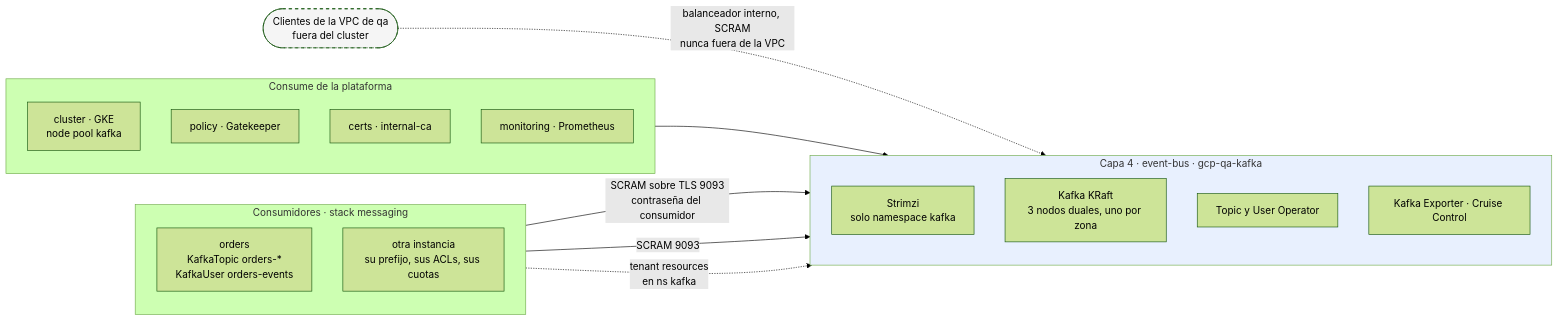
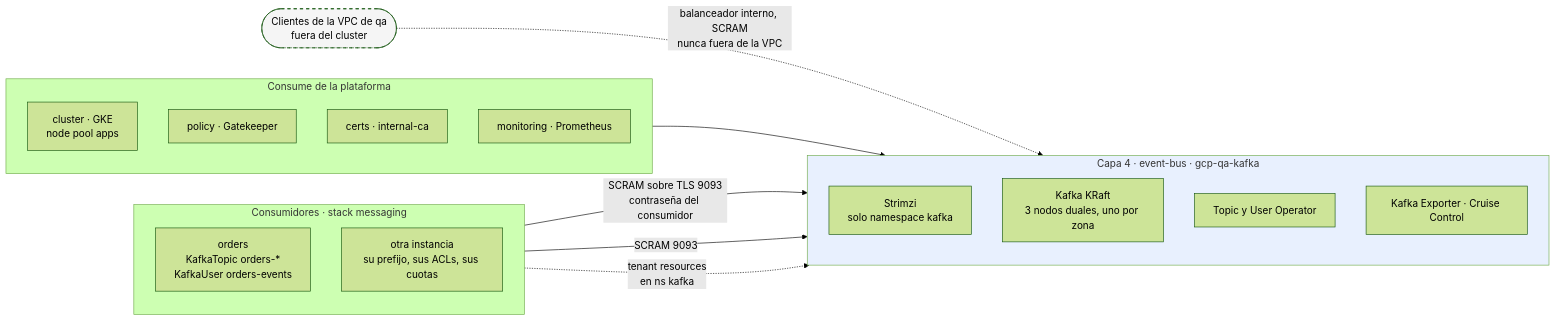
The diagram in docs/es/proposals/kafka-qa/diagrams/01-contexto.mmd (aescanero/proposal_documents), drawn with Mermaid (forest theme) before and after one commit. The commit also changed 55 other files, not shown here.

First line of the commit message:
Two node pools per cluster: system and apps (es and en)

```diff
--- a/docs/es/proposals/kafka-qa/diagrams/01-contexto.mmd
+++ b/docs/es/proposals/kafka-qa/diagrams/01-contexto.mmd
@@ -1,33 +1,33 @@
 flowchart LR
     subgraph PLAT["Consume de la plataforma"]
         direction TB
-        CL["cluster · GKE<br/>node pool kafka"]
+        CL["cluster · GKE<br/>node pool apps"]
         PO["policy · Gatekeeper"]
         CE["certs · internal-ca"]
         MO["monitoring · Prometheus"]
     end
 
     subgraph L4["Capa 4 · event-bus · gcp-qa-kafka"]
         direction TB
         OP["Strimzi<br/>solo namespace kafka"]
         KC["Kafka KRaft<br/>3 nodos duales, uno por zona"]
         EO["Topic y User Operator"]
         EX["Kafka Exporter · Cruise Control"]
     end
 
     subgraph CONS["Consumidores · stack messaging"]
         direction TB
         A["orders<br/>KafkaTopic orders-*<br/>KafkaUser orders-events"]
         B["otra instancia<br/>su prefijo, sus ACLs, sus cuotas"]
     end
 
     EXT(["Clientes de la VPC de qa<br/>fuera del cluster"])
 
     PLAT --> L4
     A -->|"SCRAM sobre TLS 9093<br/>contraseña del consumidor"| KC
     B -->|"SCRAM 9093"| KC
     A -. "tenant resources<br/>en ns kafka" .-> EO
     EXT -. "balanceador interno, SCRAM<br/>nunca fuera de la VPC" .-> KC
 
     style L4 fill:#e8f0fe
     style EXT fill:#f5f5f5,stroke-dasharray: 5 5
```
